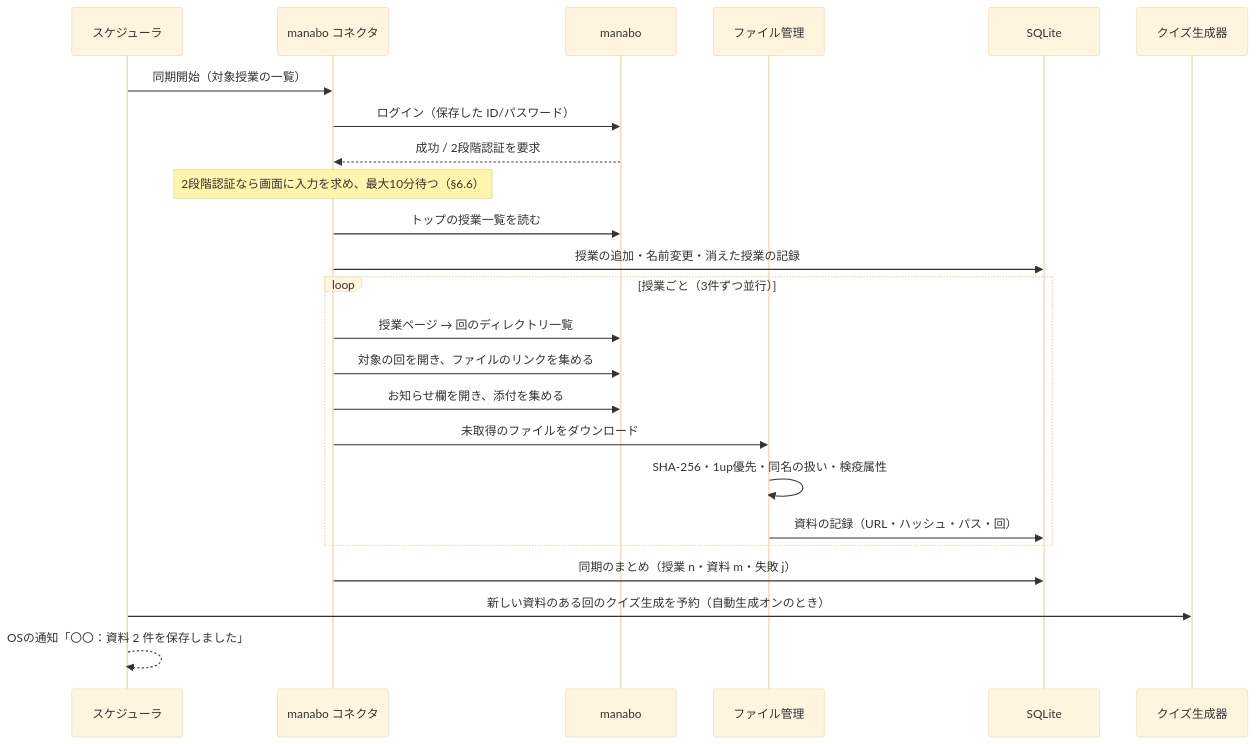
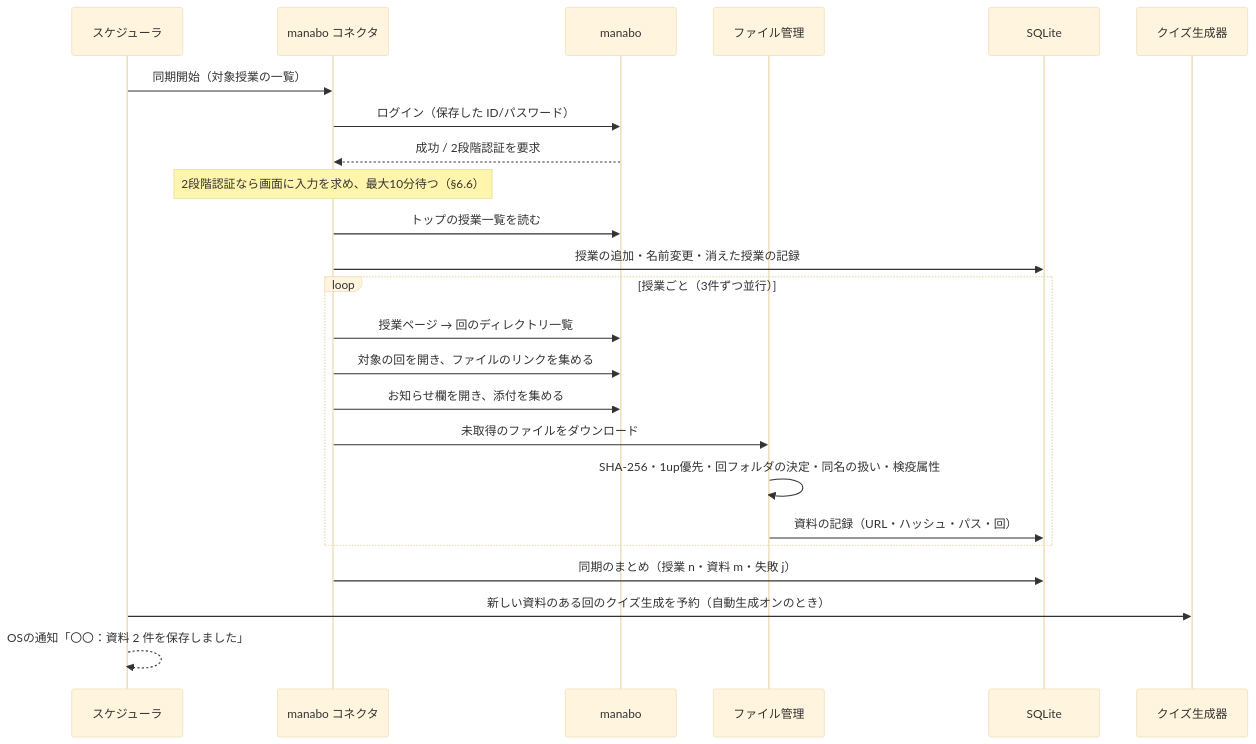
The second of 5 diagrams in docs/SPEC.md (Peyangpiece/Daigaku-Note), drawn with Mermaid (base theme) before and after one commit. The commit also changed other lines of this file and 1 other file, not shown here.

````diff
--- a/docs/SPEC.md
+++ b/docs/SPEC.md
@@ -244,26 +268,26 @@
 ```mermaid
 sequenceDiagram
   participant S as スケジューラ
   participant C as manabo コネクタ
   participant L as manabo
   participant F as ファイル管理
   participant D as SQLite
   participant Q as クイズ生成器
   S->>C: 同期開始（対象授業の一覧）
   C->>L: ログイン（保存した ID/パスワード）
   L-->>C: 成功 / 2段階認証を要求
   Note over C: 2段階認証なら画面に入力を求め、最大10分待つ（§6.6）
   C->>L: トップの授業一覧を読む
   C->>D: 授業の追加・名前変更・消えた授業の記録
   loop 授業ごと（3件ずつ並行）
     C->>L: 授業ページ → 回のディレクトリ一覧
     C->>L: 対象の回を開き、ファイルのリンクを集める
     C->>L: お知らせ欄を開き、添付を集める
     C->>F: 未取得のファイルをダウンロード
-    F->>F: SHA-256・1up優先・同名の扱い・検疫属性
+    F->>F: SHA-256・1up優先・回フォルダの決定・同名の扱い・検疫属性
     F->>D: 資料の記録（URL・ハッシュ・パス・回）
   end
   C->>D: 同期のまとめ（授業 n・資料 m・失敗 j）
   S->>Q: 新しい資料のある回のクイズ生成を予約（自動生成オンのとき）
   S-->>S: OSの通知「〇〇：資料 2 件を保存しました」
 ```
````
